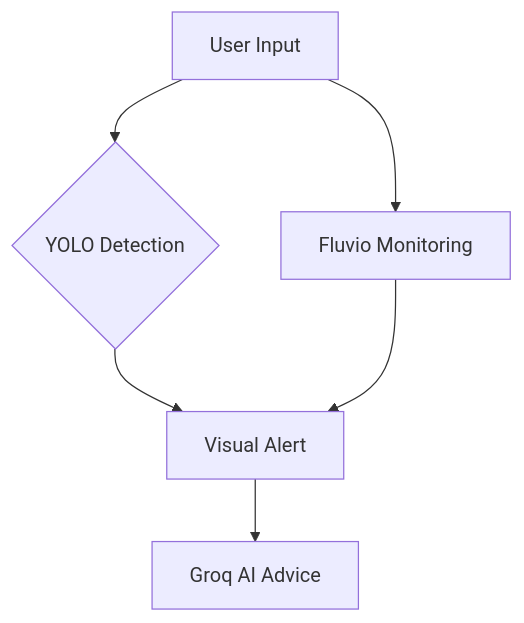
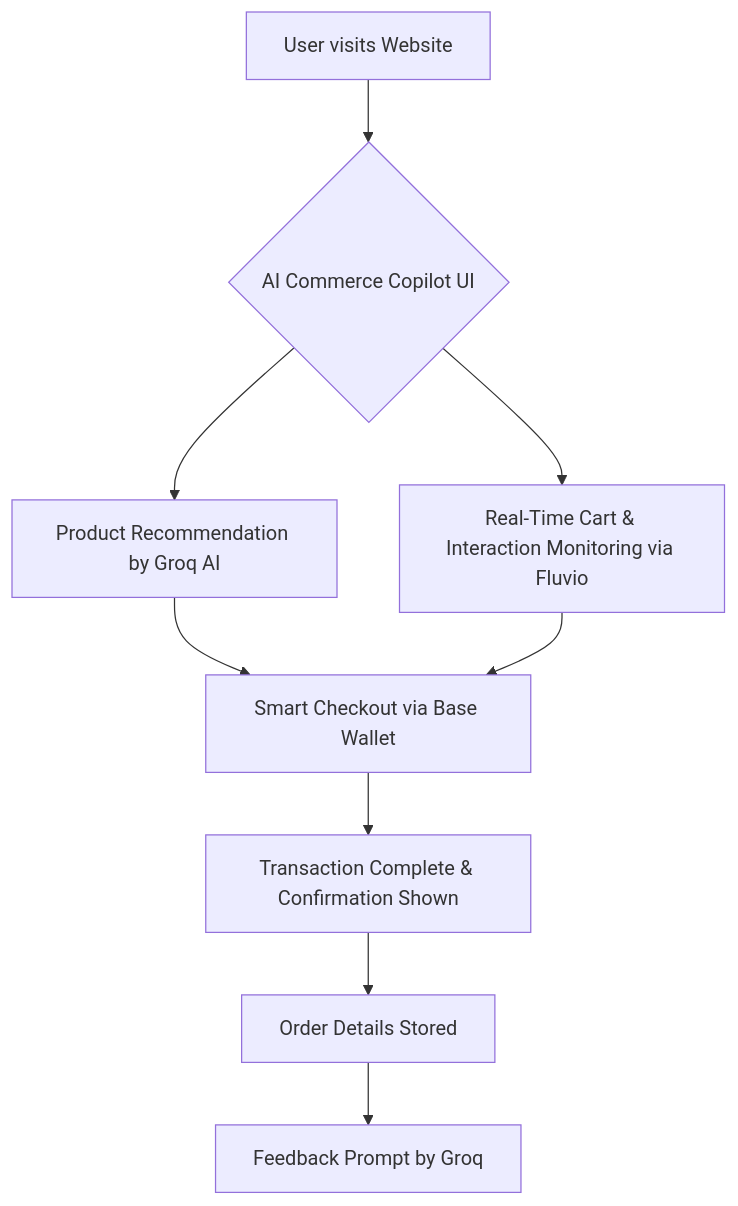
One commit to Zlmaoooo/HACKHAZARDS-25 changed the diagram in README.md. Above: the diagram before and after it, drawn with Mermaid. The commit also changed other lines of this file, not shown here.

````diff
--- a/README.md
+++ b/README.md
@@ -48,8 +78,11 @@
 ```mermaid
 graph TD
-    A[User Input] --> B{YOLO Detection}
-    A --> C[Fluvio Monitoring]
-    B --> D[Visual Alert]
-    C --> D
-    D --> E[Groq AI Advice]
+    A[User visits Website] --> B{AI Commerce Copilot UI}
+    B --> C[Product Recommendation by Groq AI]
+    B --> D[Real-Time Cart & Interaction Monitoring via Fluvio]
+    C --> E[Smart Checkout via Base Wallet]
+    D --> E
+    E --> F[Transaction Complete & Confirmation Shown]
+    F --> G[Order Details Stored]
+    G --> H[Feedback Prompt by Groq]
 ```
````
